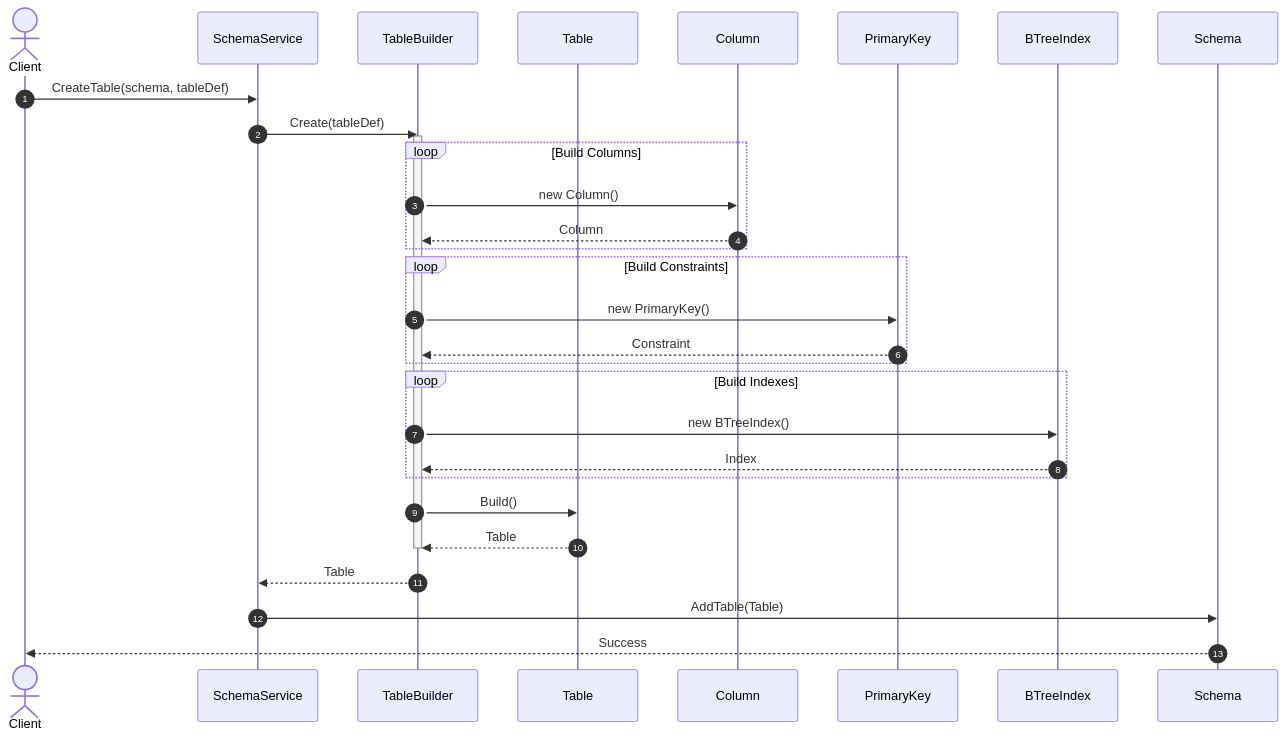
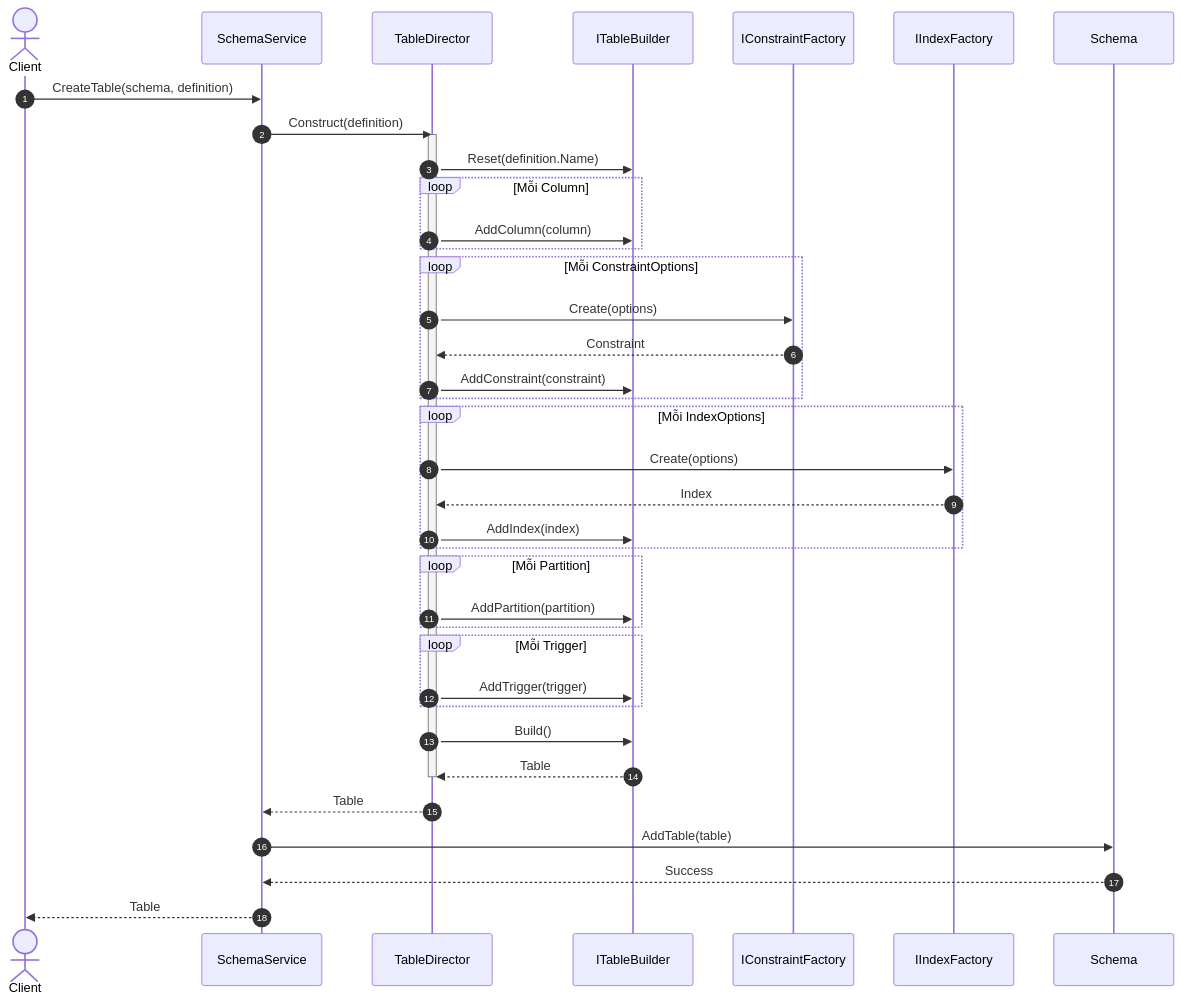
Before and after one commit to Hagiakhanh/bbv-dbms: the fifth of 13 diagrams in docs/design-patterns/README.md, drawn with Mermaid. The commit also changed other lines of this file, not shown here.

Commit message:
add sequence command design pattern

````diff
--- a/docs/design-patterns/README.md
+++ b/docs/design-patterns/README.md
@@ -640,46 +689,54 @@
 ```mermaid
 sequenceDiagram
     autonumber
 
     actor Client
     participant Service as SchemaService
-    participant Builder as TableBuilder
-    participant Table as Table
-    participant Column as Column
-    participant PK as PrimaryKey
-    participant Index as BTreeIndex
-    participant Schema as Schema
+    participant Director as TableDirector
+    participant Builder as ITableBuilder
+    participant CFactory as IConstraintFactory
+    participant IFactory as IIndexFactory
+    participant Schema
 
-    Client->>Service: CreateTable(schema, tableDef)
+    Client->>Service: CreateTable(schema, definition)
 
-    Service->>Builder: Create(tableDef)
+    Service->>Director: Construct(definition)
+    activate Director
 
-    activate Builder
+    Director->>Builder: Reset(definition.Name)
 
-    loop Build Columns
-        Builder->>Column: new Column()
-        Column-->>Builder: Column
+    loop Mỗi Column
+        Director->>Builder: AddColumn(column)
     end
 
-    loop Build Constraints
-        Builder->>PK: new PrimaryKey()
-        PK-->>Builder: Constraint
+    loop Mỗi ConstraintOptions
+        Director->>CFactory: Create(options)
+        CFactory-->>Director: Constraint
+        Director->>Builder: AddConstraint(constraint)
     end
 
-    loop Build Indexes
-        Builder->>Index: new BTreeIndex()
-        Index-->>Builder: Index
+    loop Mỗi IndexOptions
+        Director->>IFactory: Create(options)
+        IFactory-->>Director: Index
+        Director->>Builder: AddIndex(index)
     end
 
-    Builder->>Table: Build()
+    loop Mỗi Partition
+        Director->>Builder: AddPartition(partition)
+    end
 
-    Table-->>Builder: Table
+    loop Mỗi Trigger
+        Director->>Builder: AddTrigger(trigger)
+    end
 
-    deactivate Builder
+    Director->>Builder: Build()
+    Builder-->>Director: Table
 
-    Builder-->>Service: Table
+    deactivate Director
+    Director-->>Service: Table
 
-    Service->>Schema: AddTable(Table)
+    Service->>Schema: AddTable(table)
+    Schema-->>Service: Success
 
-    Schema-->>Client: Success
+    Service-->>Client: Table
 ```
````
